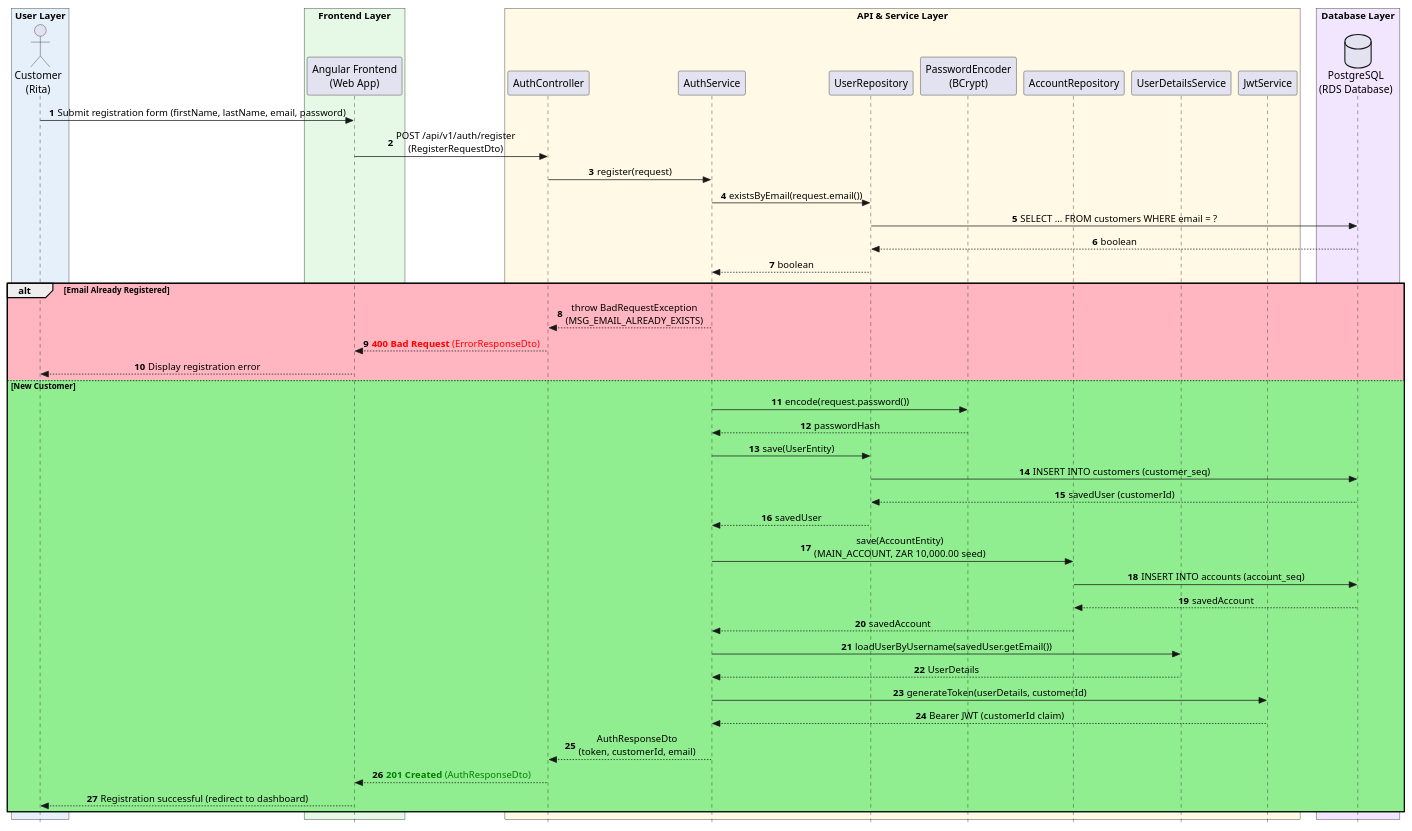
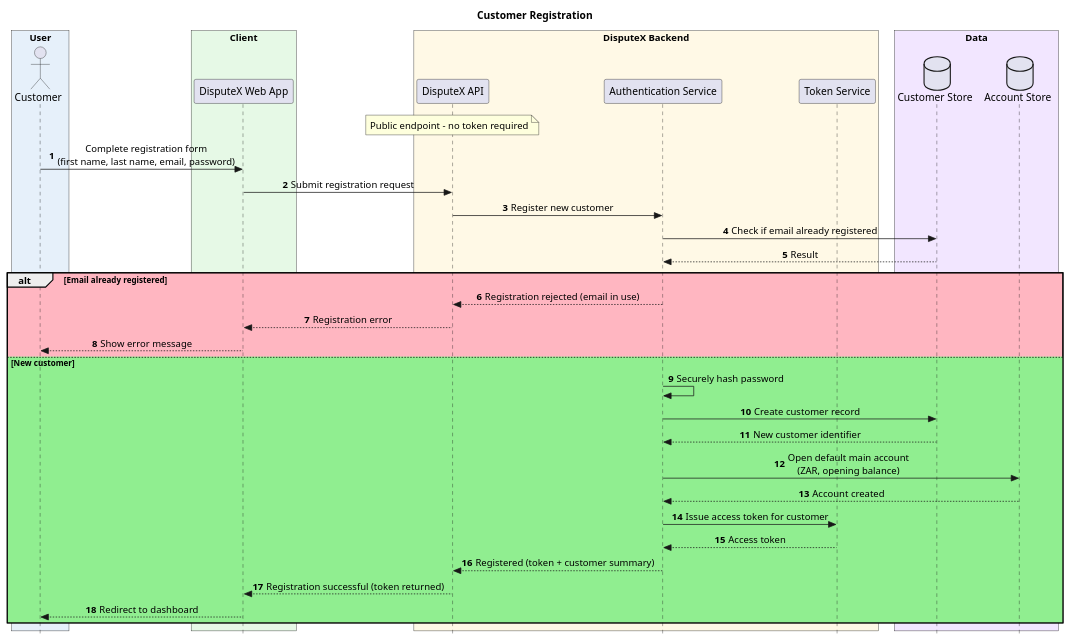
One commit to MOzil-10/Transaction-Dispute-Service changed the diagram in sequenceDiagram/Register.puml. Above: the diagram before and after it, drawn with PlantUML. The commit also changed 24 other files, not shown here.

Commit message:
Updated unit tests, updated the sequence diagrams and updated security as well

```diff
--- a/sequenceDiagram/Register.puml
+++ b/sequenceDiagram/Register.puml
@@ -1,65 +1,54 @@
 @startuml
+title Customer Registration
 autonumber
 skinparam Style strictuml
 skinparam SequenceMessageAlignment center
 skinparam boxPadding 10
 
-box "User Layer" #E6F0FA
-actor "Customer\n(Rita)" as Customer
+box "User" #E6F0FA
+actor "Customer" as Customer
 end box
 
-box "Frontend Layer" #E6F9E6
-participant "Angular Frontend\n(Web App)" as Frontend
+box "Client" #E6F9E6
+participant "DisputeX Web App" as Frontend
 end box
 
-box "API & Service Layer" #FFF9E6
-participant "AuthController" as Controller
-participant "AuthService" as Service
-participant "UserRepository" as UserRepo
-participant "PasswordEncoder\n(BCrypt)" as Encoder
-participant "AccountRepository" as AccountRepo
-participant "UserDetailsService" as UDS
-participant "JwtService" as JWT
+box "DisputeX Backend" #FFF9E6
+participant "DisputeX API" as Api
+participant "Authentication Service" as Auth
+participant "Token Service" as Token
 end box
 
-box "Database Layer" #F2E6FF
-database "PostgreSQL\n(RDS Database)" as DB
+box "Data" #F2E6FF
+database "Customer Store" as CustomerDB
+database "Account Store" as AccountDB
 end box
 
-Customer -> Frontend: Submit registration form (firstName, lastName, email, password)
-Frontend -> Controller: POST /api/v1/auth/register\n(RegisterRequestDto)
+note over Api: Public endpoint - no token required
 
-Controller -> Service: register(request)
-Service -> UserRepo: existsByEmail(request.email())
-UserRepo -> DB: SELECT ... FROM customers WHERE email = ?
-DB --> UserRepo: boolean
-UserRepo --> Service: boolean
+Customer -> Frontend: Complete registration form\n(first name, last name, email, password)
+Frontend -> Api: Submit registration request
 
-alt #LightPink Email Already Registered
-    Service --> Controller: throw BadRequestException\n(MSG_EMAIL_ALREADY_EXISTS)
-    Controller --> Frontend: <font color=red><b>400 Bad Request</b> (ErrorResponseDto)</font>
-    Frontend --> Customer: Display registration error
-else #LightGreen New Customer
-    Service -> Encoder: encode(request.password())
-    Encoder --> Service: passwordHash
+Api -> Auth: Register new customer
+Auth -> CustomerDB: Check if email already registered
+CustomerDB --> Auth: Result
 
-    Service -> UserRepo: save(UserEntity)
-    UserRepo -> DB: INSERT INTO customers (customer_seq)
-    DB --> UserRepo: savedUser (customerId)
-    UserRepo --> Service: savedUser
+alt #LightPink Email already registered
+    Auth --> Api: Registration rejected (email in use)
+    Api --> Frontend: Registration error
+    Frontend --> Customer: Show error message
+else #LightGreen New customer
+    Auth -> Auth: Securely hash password
+    Auth -> CustomerDB: Create customer record
+    CustomerDB --> Auth: New customer identifier
 
-    Service -> AccountRepo: save(AccountEntity)\n(MAIN_ACCOUNT, ZAR 10,000.00 seed)
-    AccountRepo -> DB: INSERT INTO accounts (account_seq)
-    DB --> AccountRepo: savedAccount
-    AccountRepo --> Service: savedAccount
+    Auth -> AccountDB: Open default main account\n(ZAR, opening balance)
+    AccountDB --> Auth: Account created
 
-    Service -> UDS: loadUserByUsername(savedUser.getEmail())
-    UDS --> Service: UserDetails
-    Service -> JWT: generateToken(userDetails, customerId)
-    JWT --> Service: Bearer JWT (customerId claim)
-
-    Service --> Controller: AuthResponseDto\n(token, customerId, email)
-    Controller --> Frontend: <font color=green><b>201 Created</b> (AuthResponseDto)</font>
-    Frontend --> Customer: Registration successful (redirect to dashboard)
+    Auth -> Token: Issue access token for customer
+    Token --> Auth: Access token
+    Auth --> Api: Registered (token + customer summary)
+    Api --> Frontend: Registration successful (token returned)
+    Frontend --> Customer: Redirect to dashboard
 end
 @enduml
```
